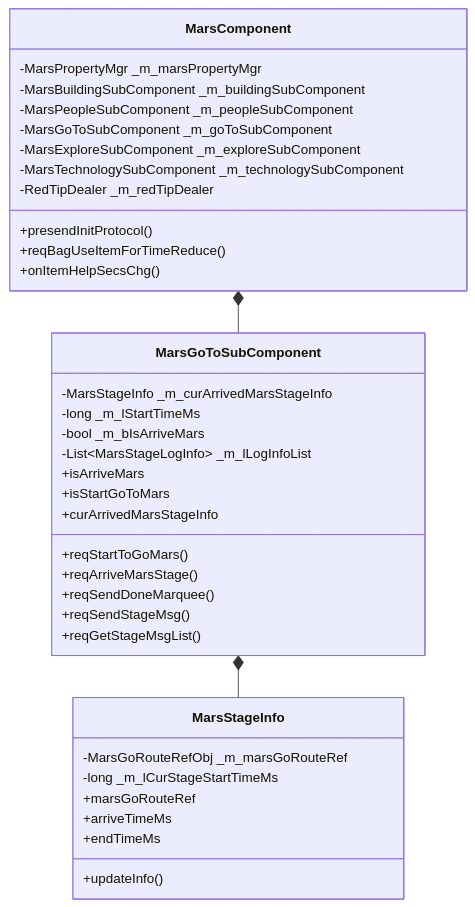
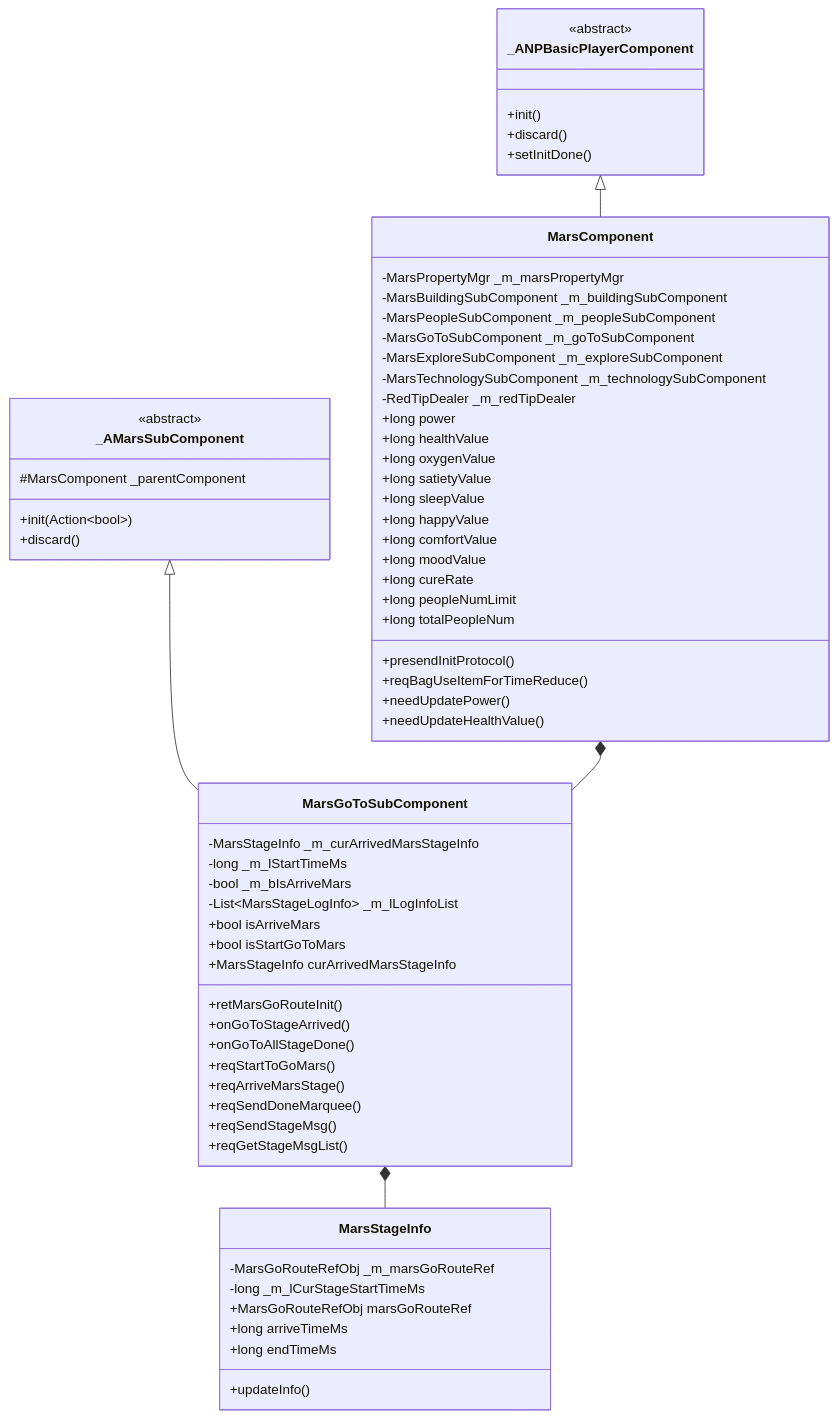
Before and after one commit to Alan-Ben/k2c_game_framework: the first of 4 diagrams in docs/Module_Mars/03_客户端开发.md, drawn with Mermaid. The commit also changed other lines of this file and 13 other files, not shown here.

````diff
--- a/docs/Module_Mars/03_客户端开发.md
+++ b/docs/Module_Mars/03_客户端开发.md
@@ -13,42 +13,73 @@
 ```mermaid
 classDiagram
+    class _ANPBasicPlayerComponent {
+        <<abstract>>
+        +init()
+        +discard()
+        +setInitDone()
+    }
+
     class MarsComponent {
         -MarsPropertyMgr _m_marsPropertyMgr
         -MarsBuildingSubComponent _m_buildingSubComponent
         -MarsPeopleSubComponent _m_peopleSubComponent
         -MarsGoToSubComponent _m_goToSubComponent
         -MarsExploreSubComponent _m_exploreSubComponent
         -MarsTechnologySubComponent _m_technologySubComponent
         -RedTipDealer _m_redTipDealer
+        +long power
+        +long healthValue
+        +long oxygenValue
+        +long satietyValue
+        +long sleepValue
+        +long happyValue
+        +long comfortValue
+        +long moodValue
+        +long cureRate
+        +long peopleNumLimit
+        +long totalPeopleNum
         +presendInitProtocol()
         +reqBagUseItemForTimeReduce()
-        +onItemHelpSecsChg()
+        +needUpdatePower()
+        +needUpdateHealthValue()
+    }
+
+    class _AMarsSubComponent {
+        <<abstract>>
+        #MarsComponent _parentComponent
+        +init(Action~bool~)
+        +discard()
     }
 
     class MarsGoToSubComponent {
         -MarsStageInfo _m_curArrivedMarsStageInfo
         -long _m_lStartTimeMs
         -bool _m_bIsArriveMars
         -List~MarsStageLogInfo~ _m_lLogInfoList
-        +isArriveMars
-        +isStartGoToMars
-        +curArrivedMarsStageInfo
+        +bool isArriveMars
+        +bool isStartGoToMars
+        +MarsStageInfo curArrivedMarsStageInfo
+        +retMarsGoRouteInit()
+        +onGoToStageArrived()
+        +onGoToAllStageDone()
         +reqStartToGoMars()
         +reqArriveMarsStage()
         +reqSendDoneMarquee()
         +reqSendStageMsg()
         +reqGetStageMsgList()
     }
 
     class MarsStageInfo {
         -MarsGoRouteRefObj _m_marsGoRouteRef
         -long _m_lCurStageStartTimeMs
-        +marsGoRouteRef
-        +arriveTimeMs
-        +endTimeMs
+        +MarsGoRouteRefObj marsGoRouteRef
+        +long arriveTimeMs
+        +long endTimeMs
         +updateInfo()
     }
 
+    _ANPBasicPlayerComponent <|-- MarsComponent
+    _AMarsSubComponent <|-- MarsGoToSubComponent
     MarsComponent *-- MarsGoToSubComponent
     MarsGoToSubComponent *-- MarsStageInfo
 ```
````
